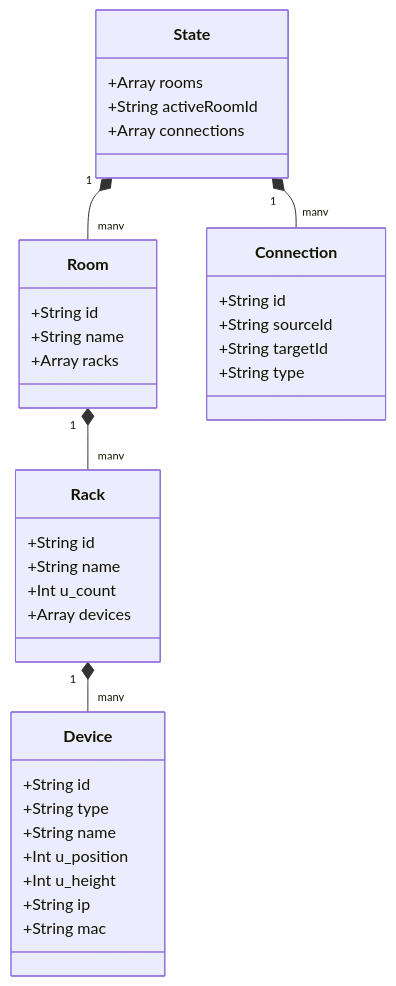
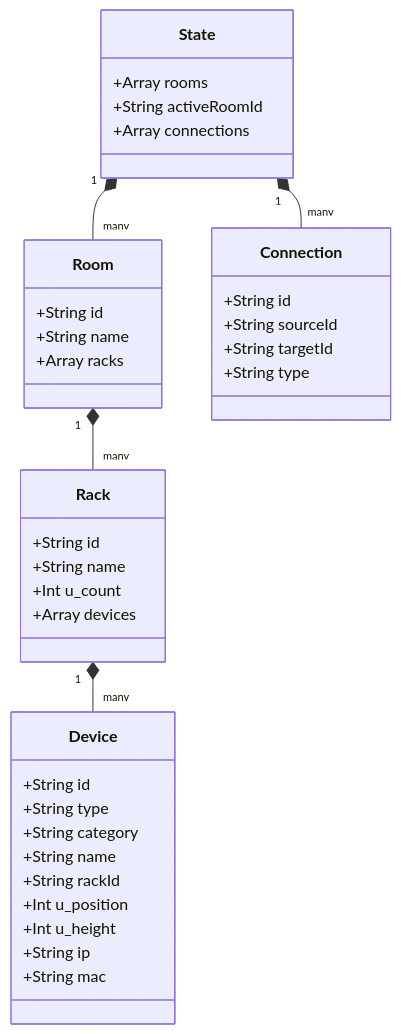
One commit to cnodfcuellar/Rack_Designer_2 changed the second of 2 diagrams in DOC/DOC_ARQUITECTURA.md. Above: the diagram before and after it, drawn with Mermaid. The commit also changed 2 other files, not shown here.

Commit message:
docs: update documentation to include Floor Devices and Quick Placement Wizard

````diff
--- a/DOC/DOC_ARQUITECTURA.md
+++ b/DOC/DOC_ARQUITECTURA.md
@@ -73,39 +73,41 @@
 ```mermaid
 classDiagram
     class State {
         +Array rooms
         +String activeRoomId
         +Array connections
     }
     class Room {
         +String id
         +String name
         +Array racks
     }
     class Rack {
         +String id
         +String name
         +Int u_count
         +Array devices
     }
     class Device {
         +String id
         +String type
+        +String category
         +String name
+        +String rackId
         +Int u_position
         +Int u_height
         +String ip
         +String mac
     }
     class Connection {
         +String id
         +String sourceId
         +String targetId
         +String type
     }
     
     State "1" *-- "many" Room
     State "1" *-- "many" Connection
     Room "1" *-- "many" Rack
     Rack "1" *-- "many" Device
 ```
````
